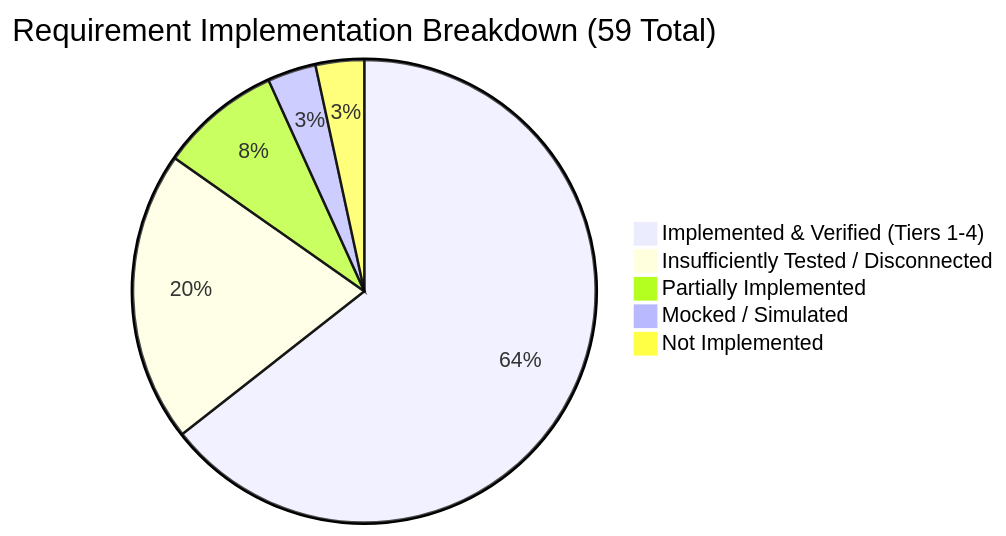
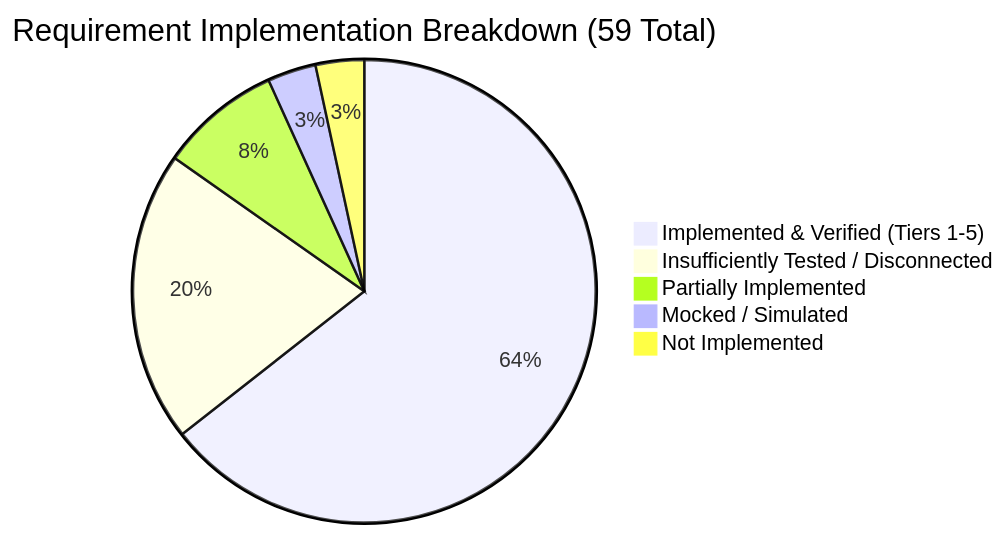
The diagram in docs/audit/complete_requirement_to_code_audit.md (shivkantdhakre/migration-guard), drawn with Mermaid before and after one commit. The commit also changed other lines of this file, not shown here.

````diff
--- a/docs/audit/complete_requirement_to_code_audit.md
+++ b/docs/audit/complete_requirement_to_code_audit.md
@@ -91,8 +90,8 @@
 ```mermaid
 pie title Requirement Implementation Breakdown (59 Total)
-    "Implemented & Verified (Tiers 1-4)" : 38
+    "Implemented & Verified (Tiers 1-5)" : 38
     "Insufficiently Tested / Disconnected" : 12
     "Partially Implemented" : 5
     "Mocked / Simulated" : 2
     "Not Implemented" : 2
 ```
````
